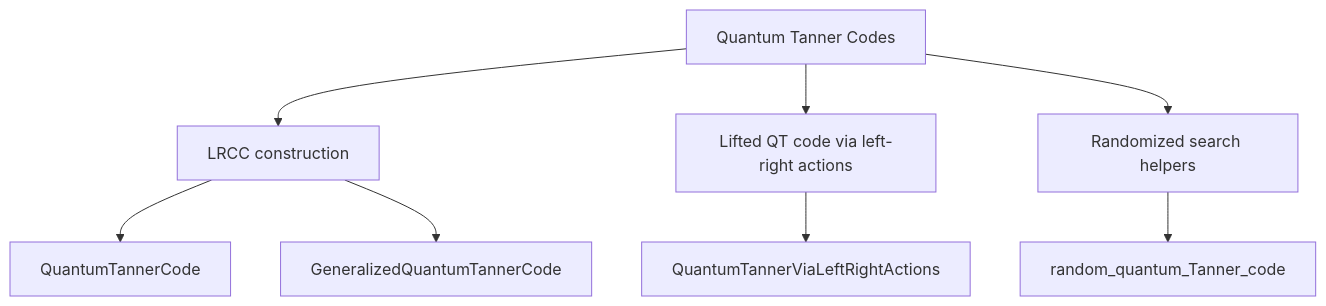
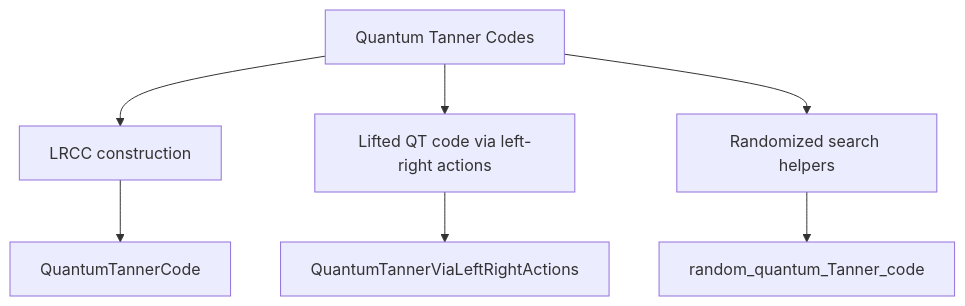
Before and after one commit to QuantumSavory/QuantumExpanders.jl: the diagram in README.md, drawn with Mermaid. The commit also changed 13 other files, not shown here.

````diff
--- a/README.md
+++ b/README.md
@@ -77,15 +77,14 @@
 ```mermaid
 flowchart TD
     QT["Quantum Tanner Codes"]
 
     QT --> LRCC["LRCC construction"]
     QT --> Lifted["Lifted QT code via left-right actions"]
     QT --> Search["Randomized search helpers"]
 
     LRCC --> QTC["QuantumTannerCode"]
-    LRCC --> GQTC["GeneralizedQuantumTannerCode"]
 
     Lifted --> LRA["QuantumTannerViaLeftRightActions"]
 
     Search --> RQTC["random_quantum_Tanner_code"]
 ```
````
